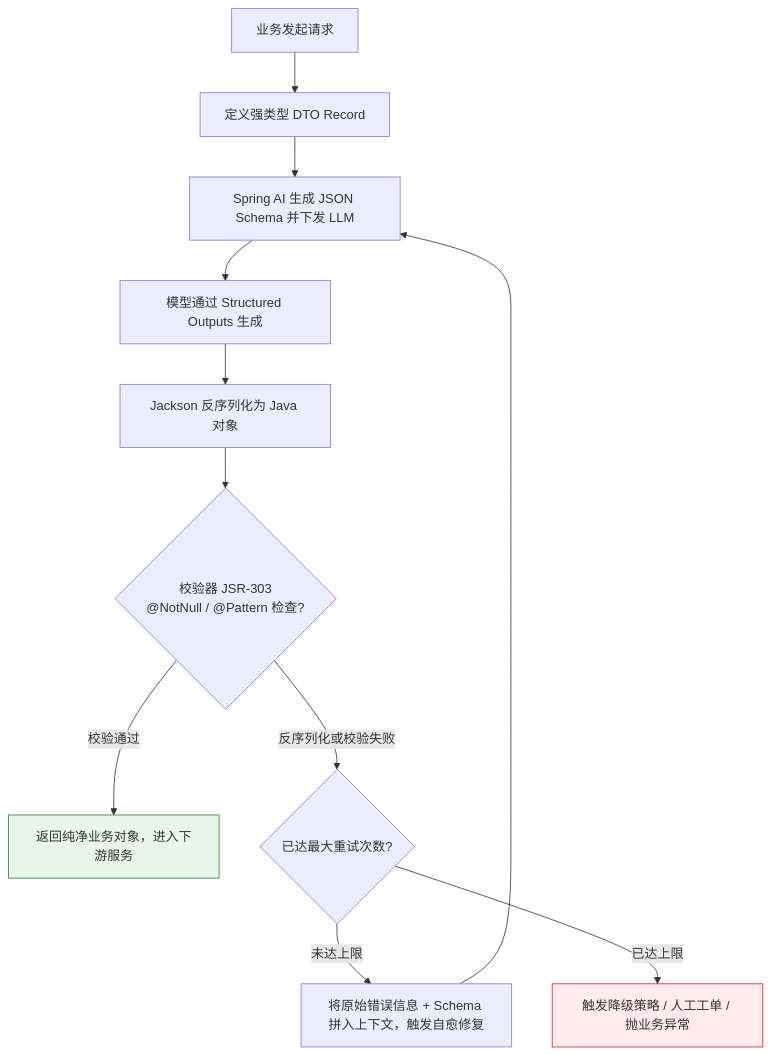
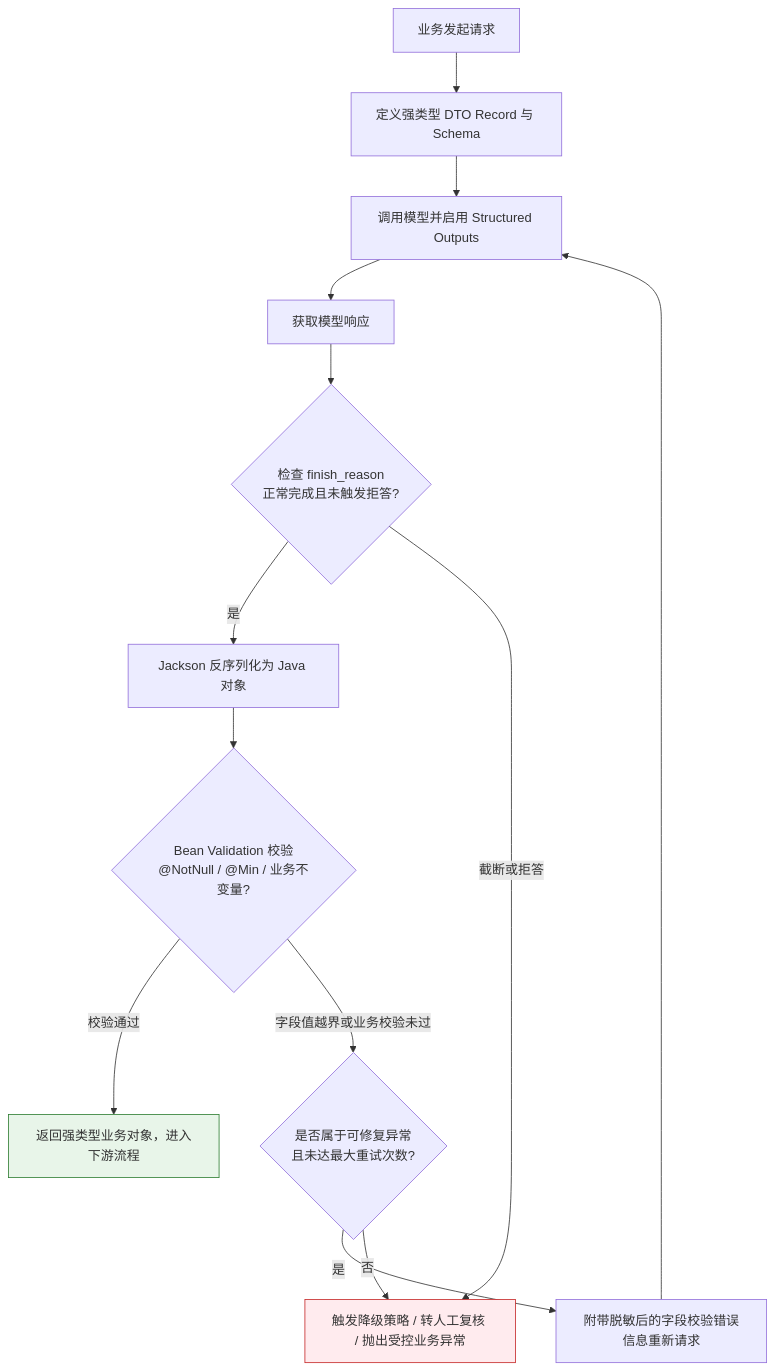
Before and after one commit to GuoWWWX/knowledge-base: the second of 2 diagrams in 10-AI应用开发/01-LLM基础与Prompt/11-结构化输出.md, drawn with Mermaid. The commit also changed other lines of this file and 251 other files, not shown here.

````diff
--- a/10-AI应用开发/01-LLM基础与Prompt/11-结构化输出.md
+++ b/10-AI应用开发/01-LLM基础与Prompt/11-结构化输出.md
@@ -85,16 +80,18 @@
 ```mermaid
 flowchart TD
-    A[业务发起请求] --> B[定义强类型 DTO Record]
-    B --> C[Spring AI 生成 JSON Schema 并下发 LLM]
-    C --> D[模型通过 Structured Outputs 生成]
-    D --> E[Jackson 反序列化为 Java 对象]
-    E --> F{校验器 JSR-303<br/>@NotNull / @Pattern 检查?}
-    F -->|校验通过| G[返回纯净业务对象，进入下游服务]
-    F -->|反序列化或校验失败| H{已达最大重试次数?}
-    H -->|未达上限| I[将原始错误信息 + Schema 拼入上下文，触发自愈修复]
+    A[业务发起请求] --> B[定义强类型 DTO Record 与 Schema]
+    B --> C[调用模型并启用 Structured Outputs]
+    C --> D[获取模型响应]
+    D --> Check{检查 finish_reason<br/>正常完成且未触发拒答?}
+    Check -->|是| E[Jackson 反序列化为 Java 对象]
+    Check -->|截断或拒答| J
+    E --> F{Bean Validation 校验<br/>@NotNull / @Min / 业务不变量?}
+    F -->|校验通过| G[返回强类型业务对象，进入下游流程]
+    F -->|字段值越界或业务校验未过| H{是否属于可修复异常<br/>且未达最大重试次数?}
+    H -->|是| I[附带脱敏后的字段校验错误信息重新请求]
     I --> C
-    H -->|已达上限| J[触发降级策略 / 人工工单 / 抛业务异常]
+    H -->|否| J[触发降级策略 / 转人工复核 / 抛出受控业务异常]
 
     style G fill:#e8f5e9,stroke:#2e7d32,stroke-width:1px
     style J fill:#ffebee,stroke:#c62828,stroke-width:1px
 ```
````
